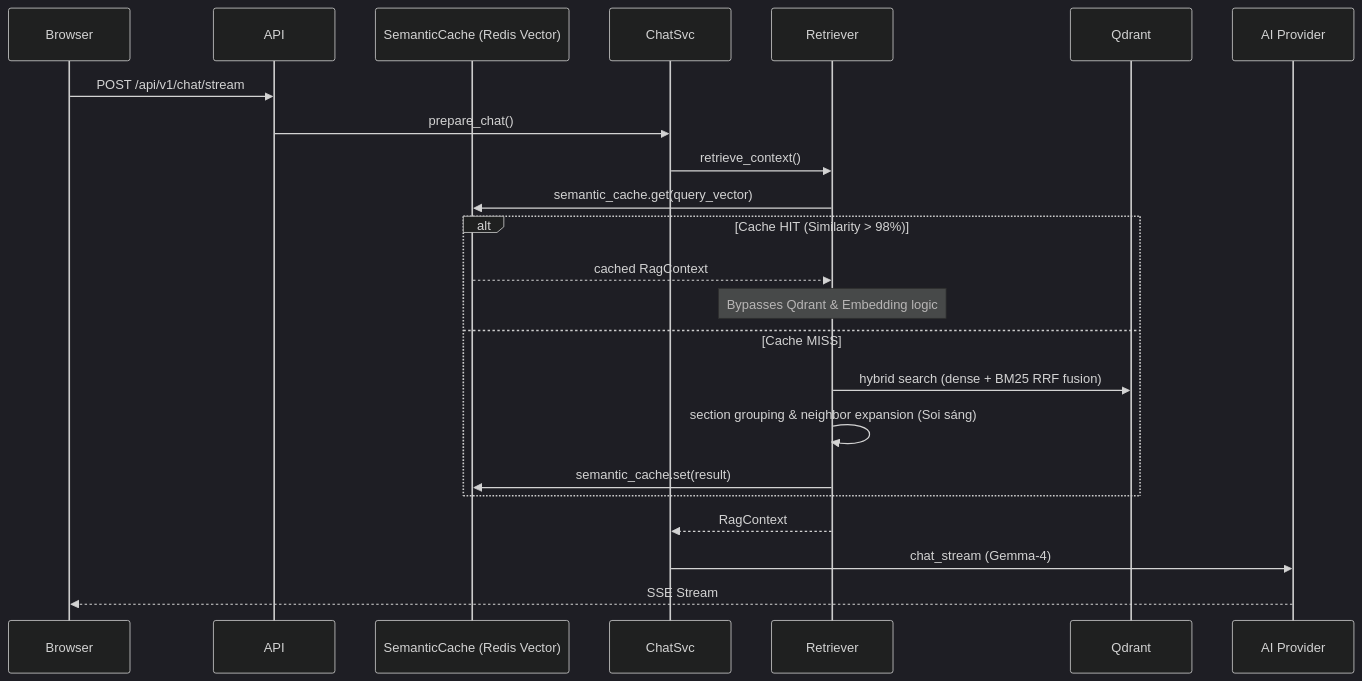
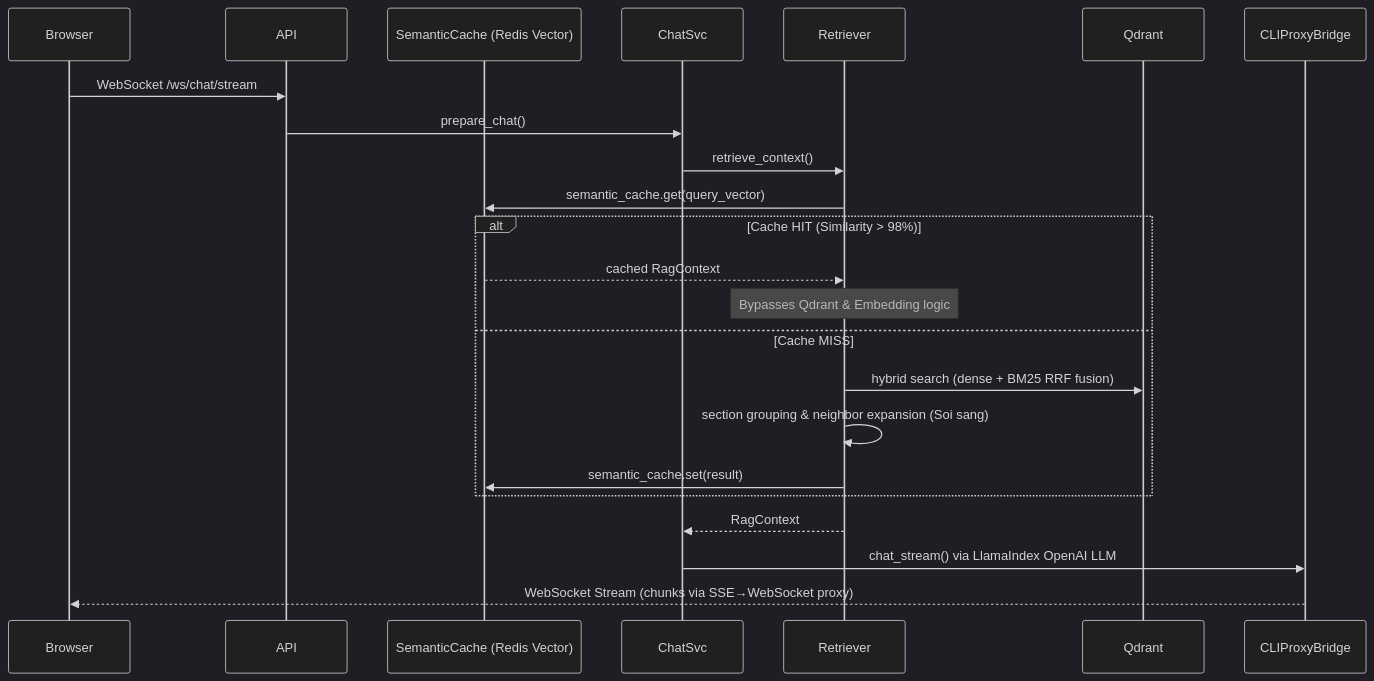
The diagram in docs/2.2_WORKFLOWS_CHAT.md (qtuanph/chatbot-rag), drawn with Mermaid (dark theme) before and after one commit. The commit also changed other lines of this file and 69 other files, not shown here.

Commit message:
feat: initialize chatbot RAG architecture with backend modules, websocket streaming, and Next.js admin dashboard

````diff
--- a/docs/2.2_WORKFLOWS_CHAT.md
+++ b/docs/2.2_WORKFLOWS_CHAT.md
@@ -5,28 +5,28 @@
 ```mermaid
 sequenceDiagram
     participant Browser
     participant API
     participant Cache as SemanticCache (Redis Vector)
     participant ChatSvc
     participant Retriever
     participant Qdrant
-    participant Provider as AI Provider
+    participant Bridge as CLIProxyBridge
 
-    Browser->>API: POST /api/v1/chat/stream
+Browser->>API: WebSocket /ws/chat/stream
     API->>ChatSvc: prepare_chat()
     ChatSvc->>Retriever: retrieve_context()
 
     Retriever->>Cache: semantic_cache.get(query_vector)
     alt Cache HIT (Similarity > 98%)
         Cache-->>Retriever: cached RagContext
         Note over Retriever: Bypasses Qdrant & Embedding logic
     else Cache MISS
         Retriever->>Qdrant: hybrid search (dense + BM25 RRF fusion)
-        Retriever->>Retriever: section grouping & neighbor expansion (Soi sáng)
+        Retriever->>Retriever: section grouping & neighbor expansion (Soi sang)
         Retriever->>Cache: semantic_cache.set(result)
     end
 
     Retriever-->>ChatSvc: RagContext
-    ChatSvc->>Provider: chat_stream (Gemma-4)
-    Provider-->>Browser: SSE Stream
+    ChatSvc->>Bridge: chat_stream() via LlamaIndex OpenAI LLM
+    Bridge-->>Browser: WebSocket Stream (chunks via SSE→WebSocket proxy)
 ```
````
